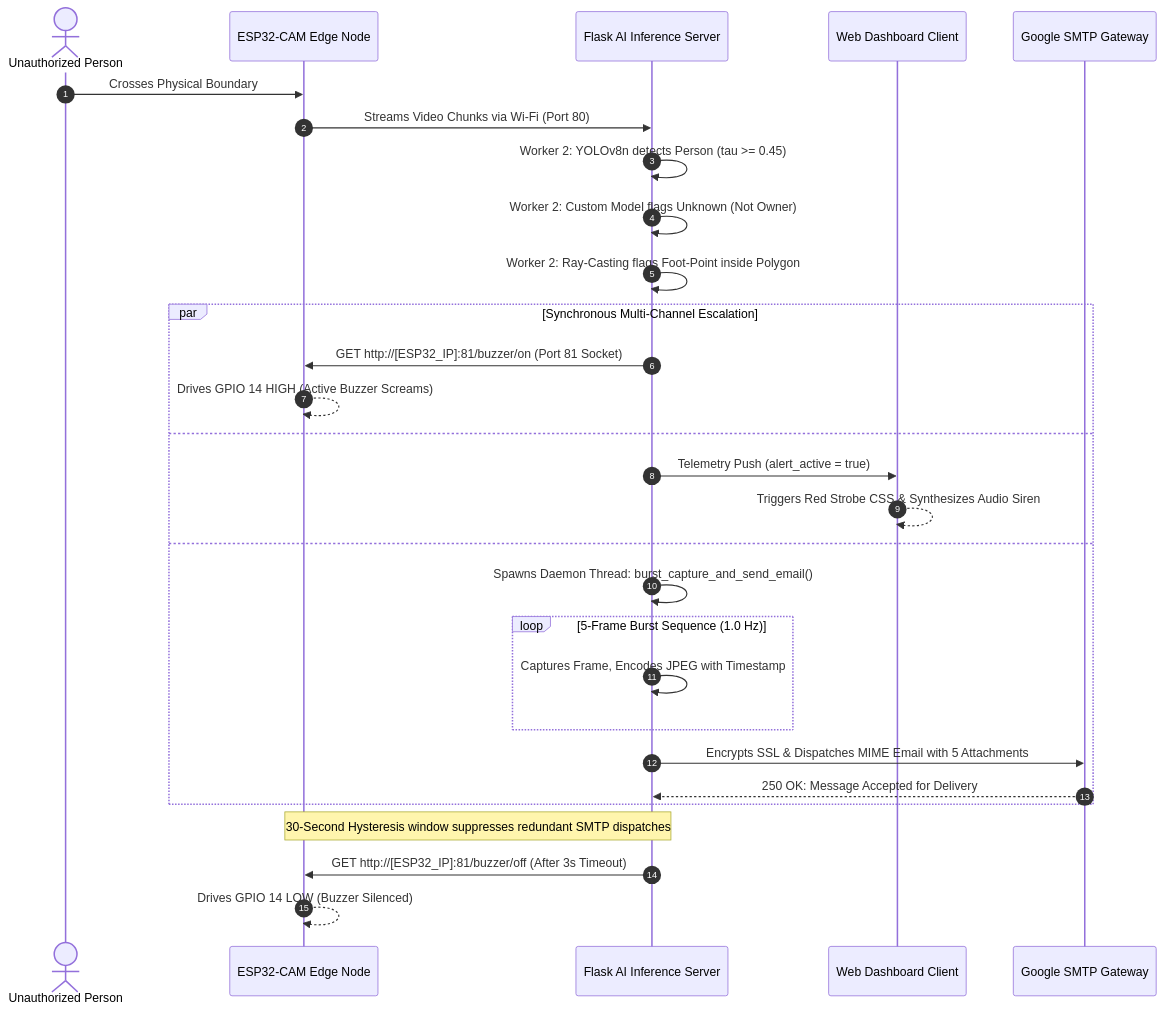
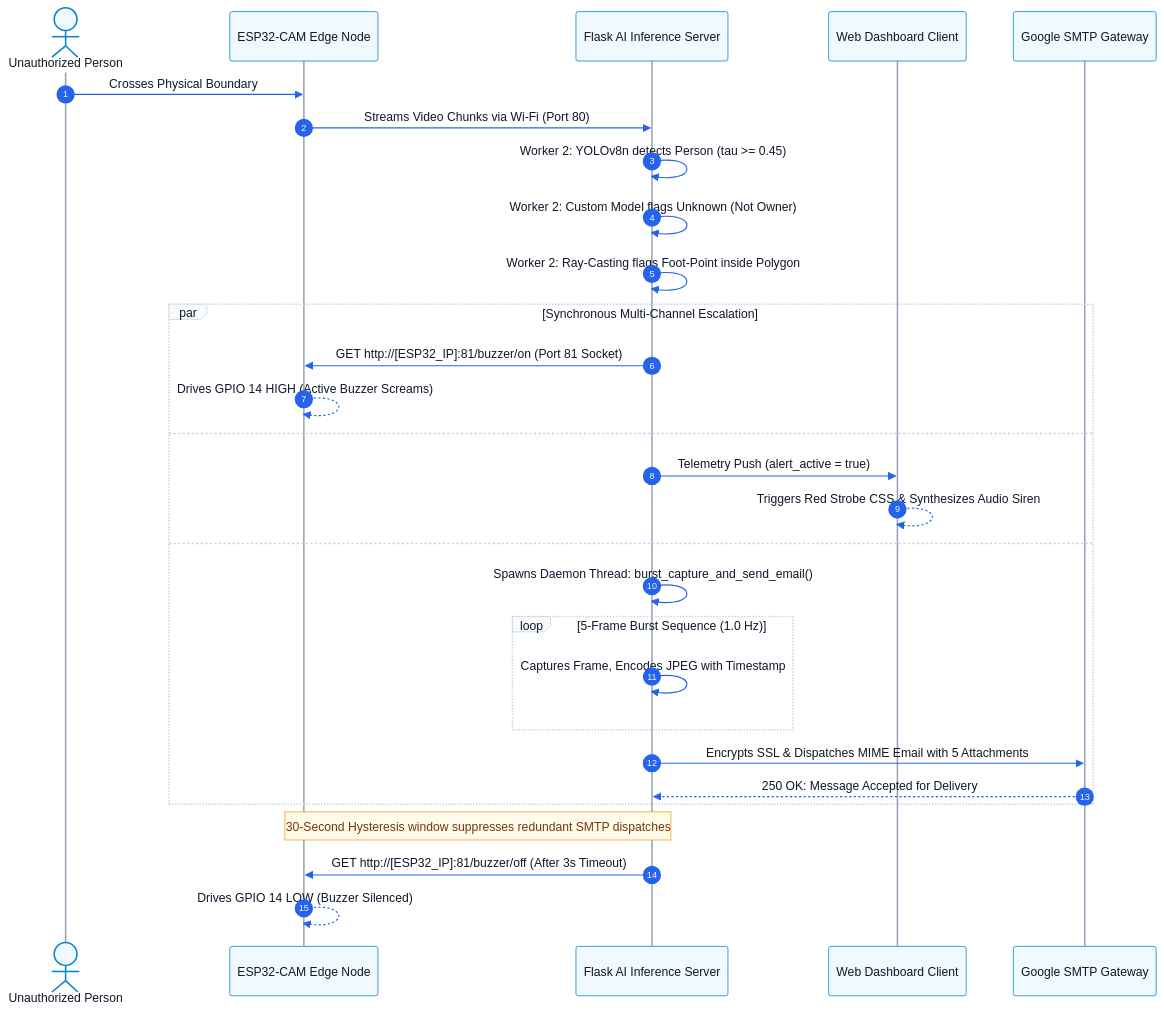
Before and after one commit to Cheesenoice/IoT-EdgeAI-Intrusion-Detection: the sixth of 7 diagrams in README.md, drawn with Mermaid. The commit also changed other lines of this file and 15 other files, not shown here.

Commit message:
style: unify clean light theme across dashboard and documentation with high-res diagrams

````diff
--- a/README.md
+++ b/README.md
@@ -381,34 +458,56 @@
 ```mermaid
+%%{init: {
+  'theme': 'base',
+  'themeVariables': {
+    'fontFamily': 'Segoe UI, Inter, -apple-system, sans-serif',
+    'fontSize': '13px',
+    'actorBkg': '#f0f9ff',
+    'actorBorder': '#0284c7',
+    'actorTextColor': '#0f172a',
+    'actorLineColor': '#94a3b8',
+    'signalColor': '#2563eb',
+    'signalTextColor': '#0f172a',
+    'labelBoxBkgColor': '#f8fafc',
+    'labelBoxBorderColor': '#cbd5e1',
+    'labelTextColor': '#0f172a',
+    'loopTextColor': '#0f172a',
+    'noteBkgColor': '#fffbeb',
+    'noteBorderColor': '#f59e0b',
+    'noteTextColor': '#78350f',
+    'activationBkgColor': '#e2e8f0',
+    'activationBorderColor': '#64748b'
+  }
+}}%%
 sequenceDiagram
     autonumber
     actor Intruder as Unauthorized Person
     participant ESP as ESP32-CAM Edge Node
     participant Server as Flask AI Inference Server
     participant Web as Web Dashboard Client
     participant SMTP as Google SMTP Gateway
 
     Intruder->>ESP: Crosses Physical Boundary
     ESP->>Server: Streams Video Chunks via Wi-Fi (Port 80)
     Server->>Server: Worker 2: YOLOv8n detects Person (tau >= 0.45)
     Server->>Server: Worker 2: Custom Model flags Unknown (Not Owner)
     Server->>Server: Worker 2: Ray-Casting flags Foot-Point inside Polygon
     
     par Synchronous Multi-Channel Escalation
         Server->>ESP: GET http://[ESP32_IP]:81/buzzer/on (Port 81 Socket)
         ESP-->>ESP: Drives GPIO 14 HIGH (Active Buzzer Screams)
     and
         Server->>Web: Telemetry Push (alert_active = true)
         Web-->>Web: Triggers Red Strobe CSS & Synthesizes Audio Siren
     and
         Server->>Server: Spawns Daemon Thread: burst_capture_and_send_email()
         loop 5-Frame Burst Sequence (1.0 Hz)
             Server->>Server: Captures Frame, Encodes JPEG with Timestamp
         end
         Server->>SMTP: Encrypts SSL & Dispatches MIME Email with 5 Attachments
         SMTP-->>Server: 250 OK: Message Accepted for Delivery
     end
 
     Note over Server,ESP: 30-Second Hysteresis window suppresses redundant SMTP dispatches
     Server->>ESP: GET http://[ESP32_IP]:81/buzzer/off (After 3s Timeout)
     ESP-->>ESP: Drives GPIO 14 LOW (Buzzer Silenced)
 ```
````
